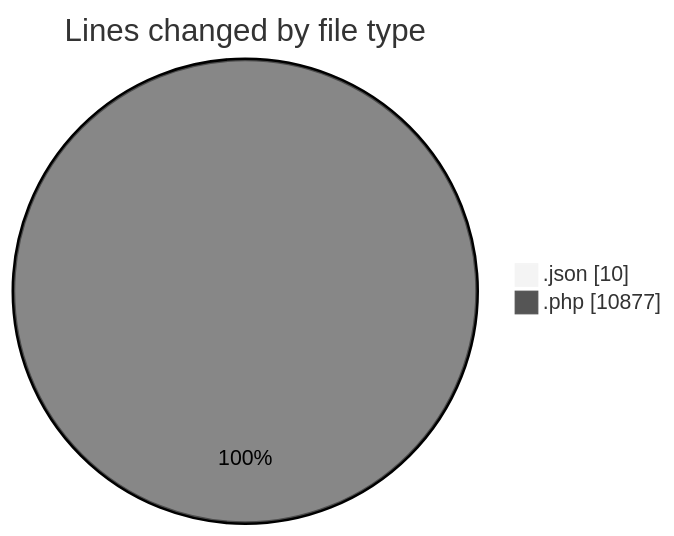
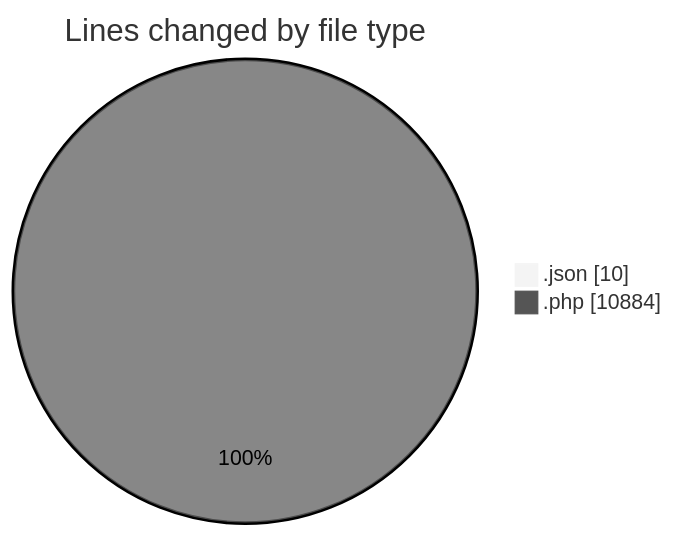
One commit to debugP/code-tracking changed the first of 2 diagrams in 2025-10-16/untitled__workspace_/README.md. Above: the diagram before and after it, drawn with Mermaid (neutral theme). The commit also changed other lines of this file and 1 other file, not shown here.

````diff
--- a/2025-10-16/untitled__workspace_/README.md
+++ b/2025-10-16/untitled__workspace_/README.md
@@ -23,6 +23,6 @@
 ```mermaid
 pie showData
 title Lines changed by file type
 ".json" : 10
-".php" : 10877
+".php" : 10884
 ```
````
